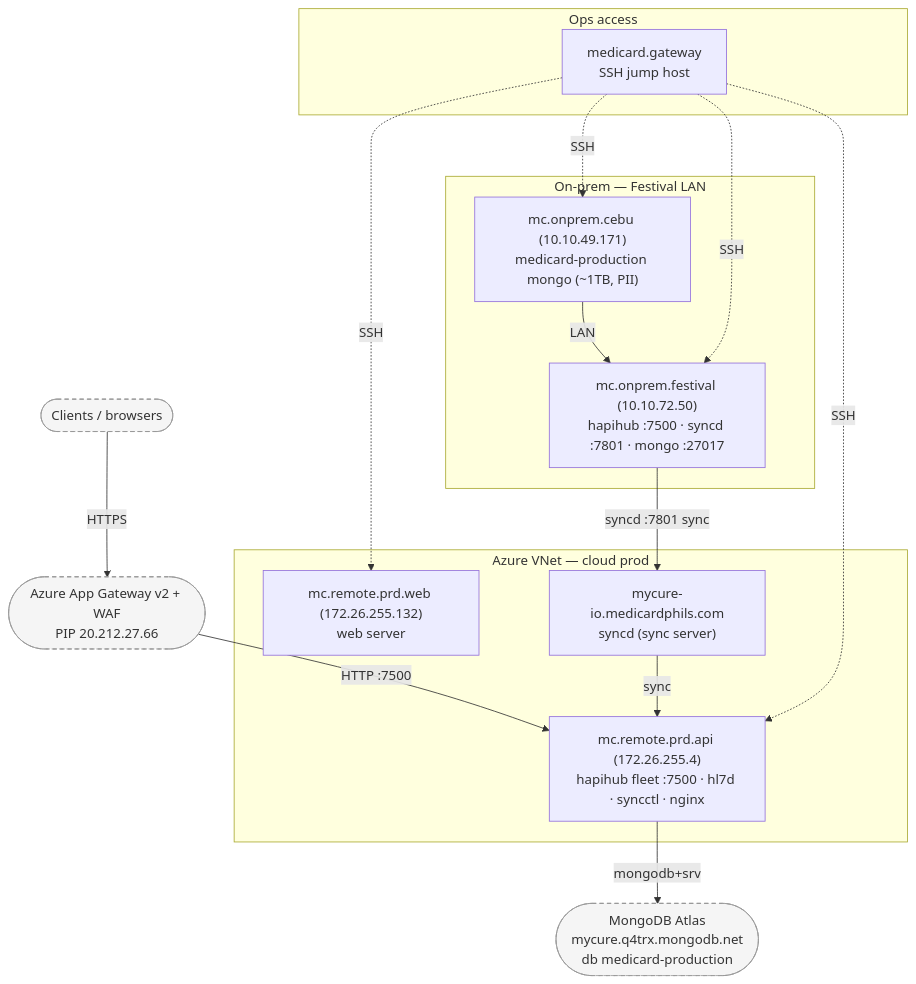
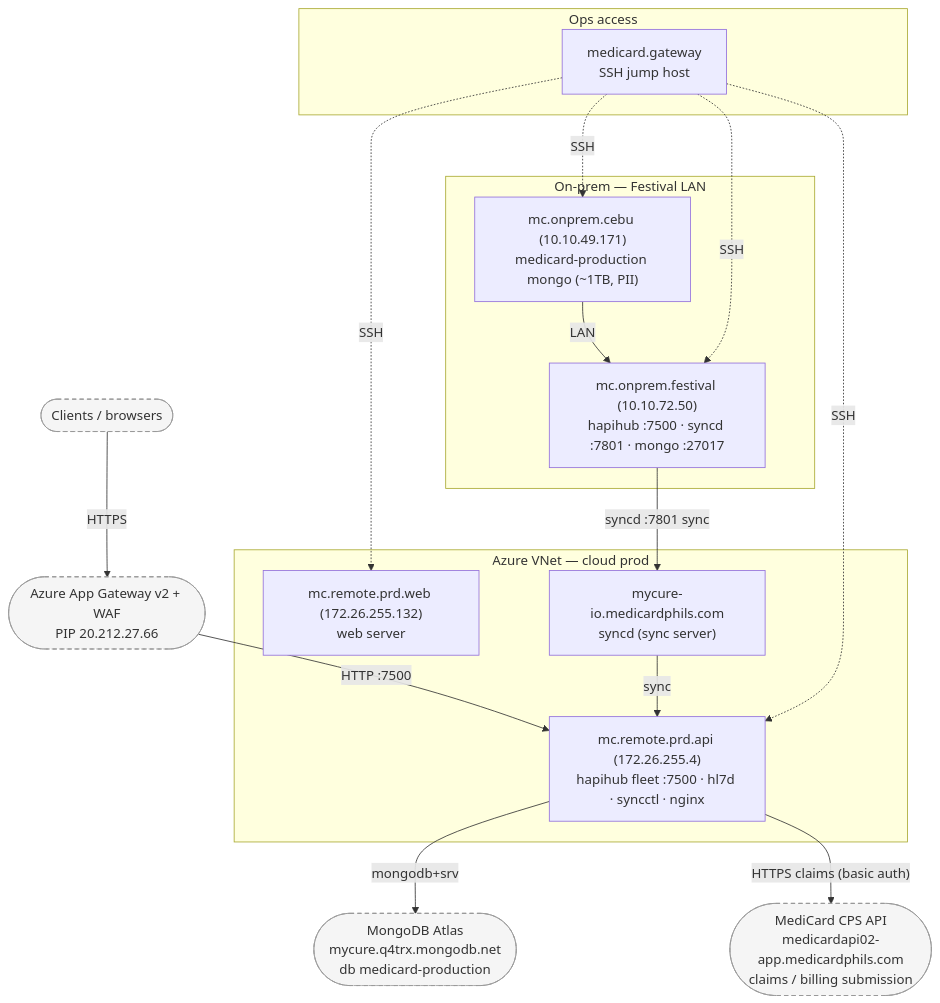
The first of 4 diagrams in docs/medicard-topology.md (mycurelabs/monobase-infra-medicard), drawn with Mermaid before and after one commit. The commit also changed other lines of this file, not shown here.

Commit message:
docs: add MediCard CPS integration to legacy prod + staging topology

````diff
--- a/docs/medicard-topology.md
+++ b/docs/medicard-topology.md
@@ -23,37 +25,39 @@
 ```mermaid
 flowchart TB
     clients([Clients / browsers])
     appgw([Azure App Gateway v2 + WAF<br/>PIP 20.212.27.66])
 
     subgraph OPS[Ops access]
         gw[medicard.gateway<br/>SSH jump host]
     end
 
     subgraph CLOUD[Azure VNet — cloud prod]
         api["mc.remote.prd.api (172.26.255.4)<br/>hapihub fleet :7500 · hl7d · syncctl · nginx"]
         web["mc.remote.prd.web (172.26.255.132)<br/>web server"]
         io["mycure-io.medicardphils.com<br/>syncd (sync server)"]
     end
 
     subgraph ONPREM[On-prem — Festival LAN]
         festival["mc.onprem.festival (10.10.72.50)<br/>hapihub :7500 · syncd :7801 · mongo :27017"]
         cebu["mc.onprem.cebu (10.10.49.171)<br/>medicard-production mongo (~1TB, PII)"]
     end
 
     atlas([MongoDB Atlas<br/>mycure.q4trx.mongodb.net<br/>db medicard-production])
+    cps([MediCard CPS API<br/>medicardapi02-app.medicardphils.com<br/>claims / billing submission])
 
     clients -->|HTTPS| appgw
     appgw -->|"HTTP :7500"| api
     api -->|mongodb+srv| atlas
+    api -->|"HTTPS claims (basic auth)"| cps
     festival -->|syncd :7801 sync| io
     cebu -->|LAN| festival
     io -->|sync| api
 
     gw -.SSH.-> api
     gw -.SSH.-> web
     gw -.SSH.-> festival
     gw -.SSH.-> cebu
 
     classDef bb fill:#f5f5f5,stroke:#999,stroke-dasharray:5 4,color:#333;
-    class clients,appgw,atlas bb;
+    class clients,appgw,atlas,cps bb;
 ```
````
